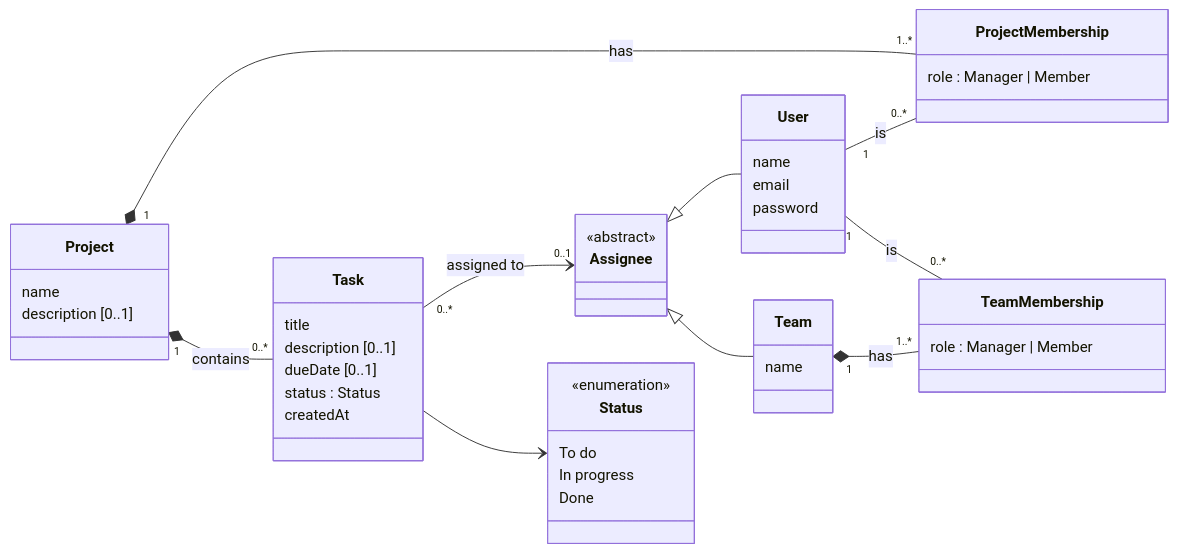
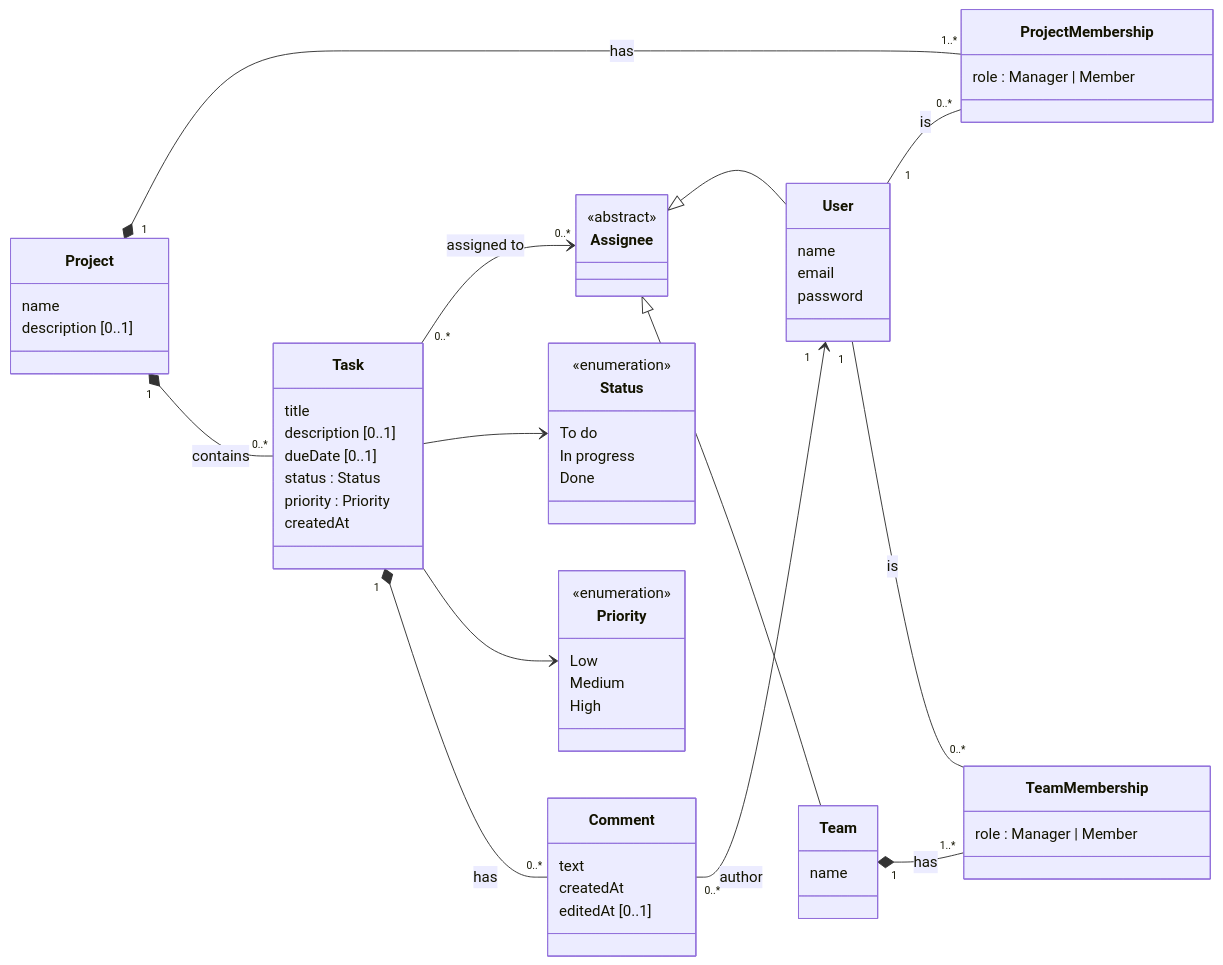
Before and after one commit to vitorhsbarros/matriz: the second of 3 diagrams in docs/architecture/02-domain-model.md, drawn with Mermaid. The commit also changed other lines of this file and 14 other files, not shown here.

````diff
--- a/docs/architecture/02-domain-model.md
+++ b/docs/architecture/02-domain-model.md
@@ -64,56 +68,73 @@
 ```mermaid
 classDiagram
     direction LR
 
     class User {
         name
         email
         password
     }
 
     class Project {
         name
         description [0..1]
     }
 
     class ProjectMembership {
         role : Manager | Member
     }
 
     class Team {
         name
     }
 
     class TeamMembership {
         role : Manager | Member
     }
 
     class Task {
         title
         description [0..1]
         dueDate [0..1]
         status : Status
+        priority : Priority
         createdAt
+    }
+
+    class Comment {
+        text
+        createdAt
+        editedAt [0..1]
+    }
+
+    class Priority {
+        <<enumeration>>
+        Low
+        Medium
+        High
     }
 
     class Assignee {
         <<abstract>>
     }
 
     class Status {
         <<enumeration>>
         To do
         In progress
         Done
     }
 
     User "1" -- "0..*" ProjectMembership : is
     Project "1" *-- "1..*" ProjectMembership : has
     User "1" -- "0..*" TeamMembership : is
     Team "1" *-- "1..*" TeamMembership : has
     Project "1" *-- "0..*" Task : contains
-    Task "0..*" --> "0..1" Assignee : assigned to
+    Task "0..*" --> "0..*" Assignee : assigned to
     Assignee <|-- User
     Assignee <|-- Team
     Task --> Status
+    Task --> Priority
+    Task "1" *-- "0..*" Comment : has
+    Comment "0..*" --> "1" User : author
 ```
````
